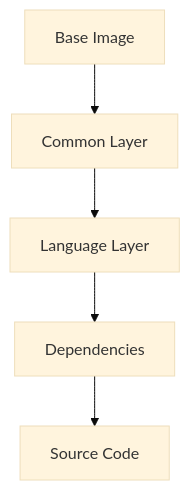
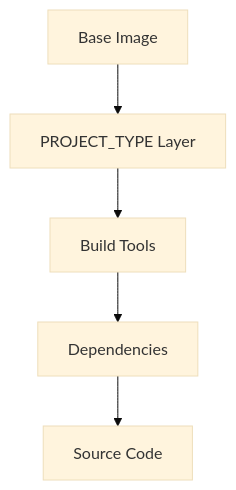
Before and after one commit to jlheater/test-project-123456: the second of 2 diagrams in docs/ci-cd/caching-strategy.md, drawn with Mermaid (base theme). The commit also changed other lines of this file and 11 other files, not shown here.

````diff
--- a/docs/ci-cd/caching-strategy.md
+++ b/docs/ci-cd/caching-strategy.md
@@ -122,7 +143,7 @@
 ```mermaid
 flowchart TD
-    Base["Base Image"] --> Common["Common Layer"]
-    Common --> Lang["Language Layer"]
-    Lang --> Deps["Dependencies"]
+    Base["Base Image"] --> Type["PROJECT_TYPE Layer"]
+    Type --> Tools["Build Tools"]
+    Tools --> Deps["Dependencies"]
     Deps --> Source["Source Code"]
 ```
````
